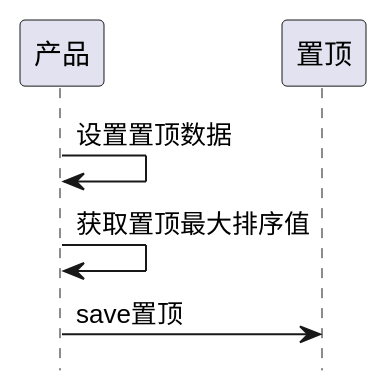
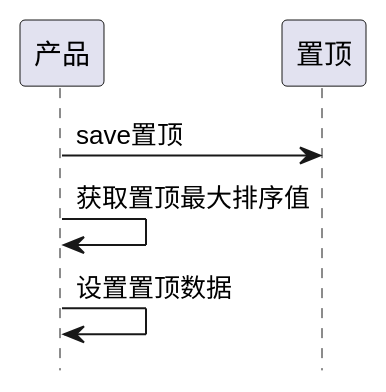
One commit to zj335841911/nt_chandao changed the fifth of 7 diagrams in ibizpms-docs/src/main/doc/v1/module/zentao/Product_old.md. Above: the diagram before and after it, drawn with PlantUML. The commit also changed other lines of this file and 2125 other files, not shown here.

```diff
--- a/ibizpms-docs/src/main/doc/v1/module/zentao/Product_old.md
+++ b/ibizpms-docs/src/main/doc/v1/module/zentao/Product_old.md
@@ -242,7 +242,7 @@
 {% plantuml %}
 hide footbox
 
+产品 -> 置顶: save置顶
+产品 -> 产品: 获取置顶最大排序值
 产品 -> 产品: 设置置顶数据
-产品 -> 产品: 获取置顶最大排序值
-产品 -> 置顶: save置顶
 {% endplantuml %}
```
